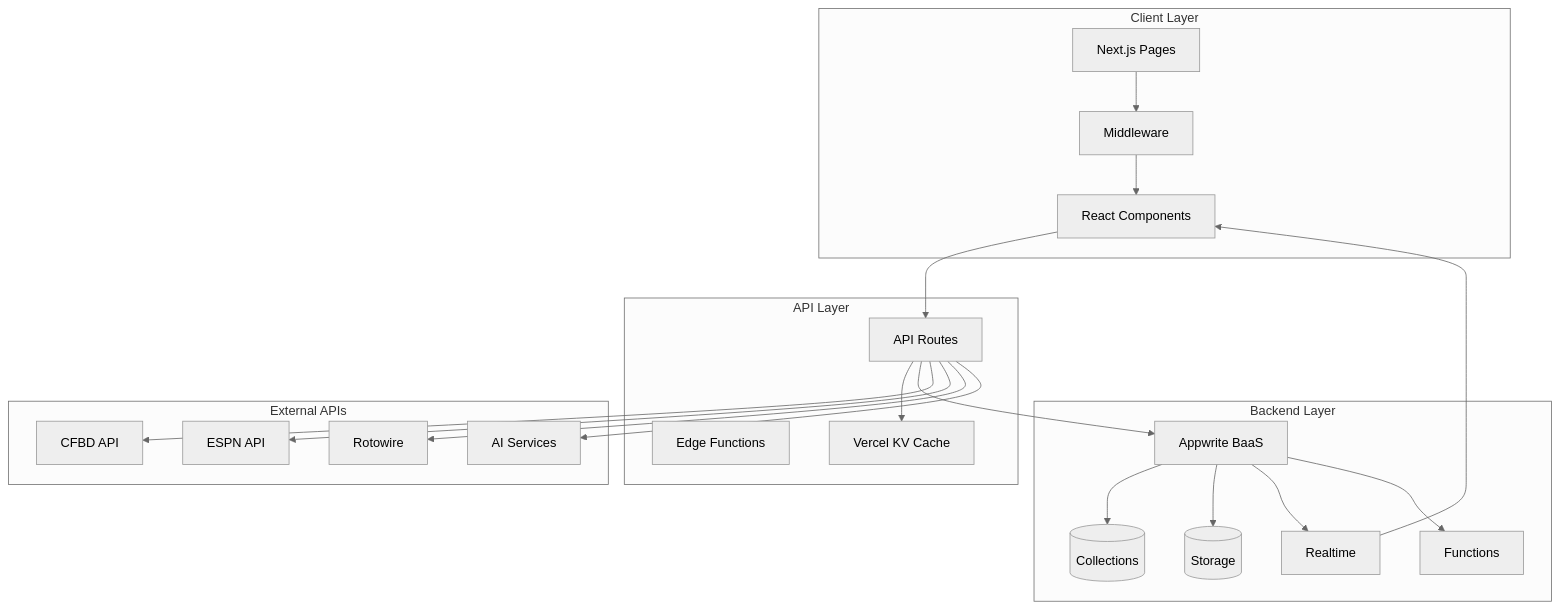
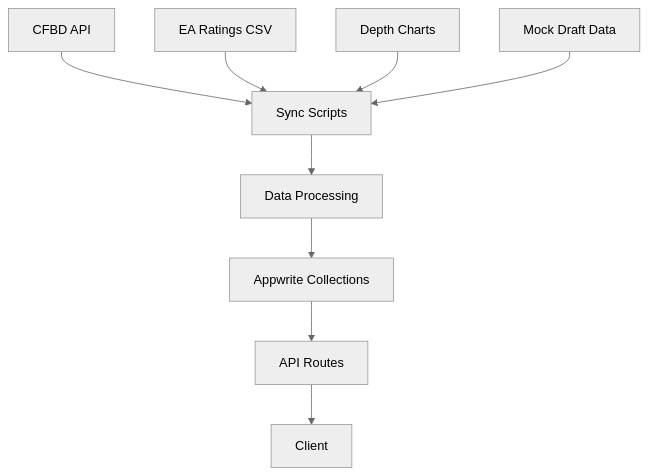
The fourth of 6 diagrams in docs/DATA_FLOW.md (kpm34/college-football-fantasy-app), drawn with Mermaid (neutral theme) before and after one commit. The commit also changed other lines of this file and 24 other files, not shown here.

````diff
--- a/docs/DATA_FLOW.md
+++ b/docs/DATA_FLOW.md
@@ -8,44 +59,11 @@
 ```mermaid
-graph TB
-    subgraph "Client Layer"
-        UI[Next.js Pages]
-        MW[Middleware]
-        RC[React Components]
-    end
-    
-    subgraph "API Layer"
-        API[API Routes]
-        EF[Edge Functions]
-        KV[Vercel KV Cache]
-    end
-    
-    subgraph "Backend Layer"
-        AW[Appwrite BaaS]
-        DB[(Collections)]
-        ST[(Storage)]
-        RT[Realtime]
-        FN[Functions]
-    end
-    
-    subgraph "External APIs"
-        CFBD[CFBD API]
-        ESPN[ESPN API]
-        RW[Rotowire]
-        AI[AI Services]
-    end
-    
-    UI --> MW
-    MW --> RC
-    RC --> API
-    API --> KV
-    API --> AW
-    AW --> DB
-    AW --> ST
-    AW --> RT
-    AW --> FN
-    API --> CFBD
-    API --> ESPN
-    API --> RW
-    API --> AI
-    RT --> RC
+graph TD
+    A[CFBD API] --> B[Sync Scripts]
+    C[EA Ratings CSV] --> B
+    D[Depth Charts] --> B
+    E[Mock Draft Data] --> B
+    B --> F[Data Processing]
+    F --> G[Appwrite Collections]
+    G --> H[API Routes]
+    H --> I[Client]
 ```
````
